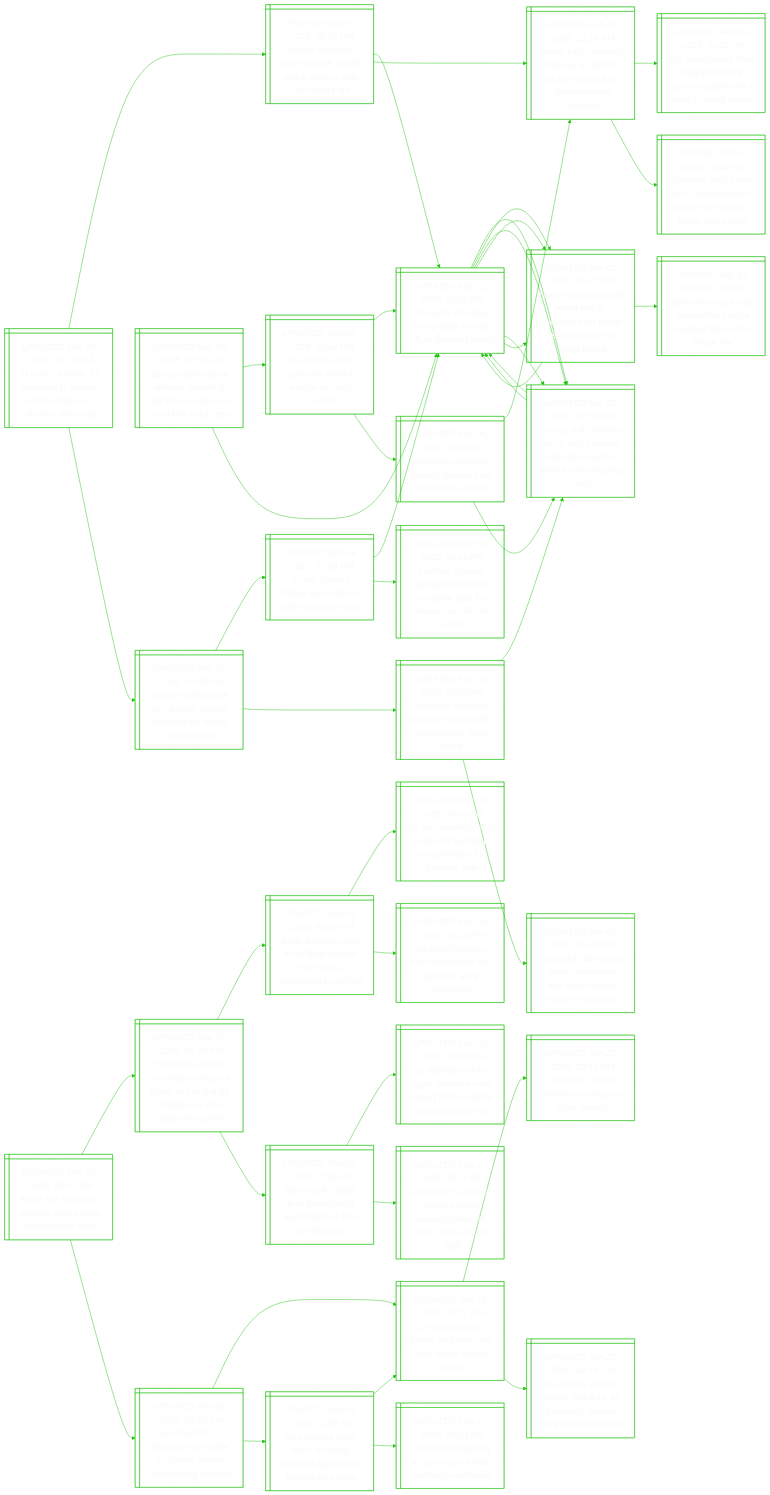
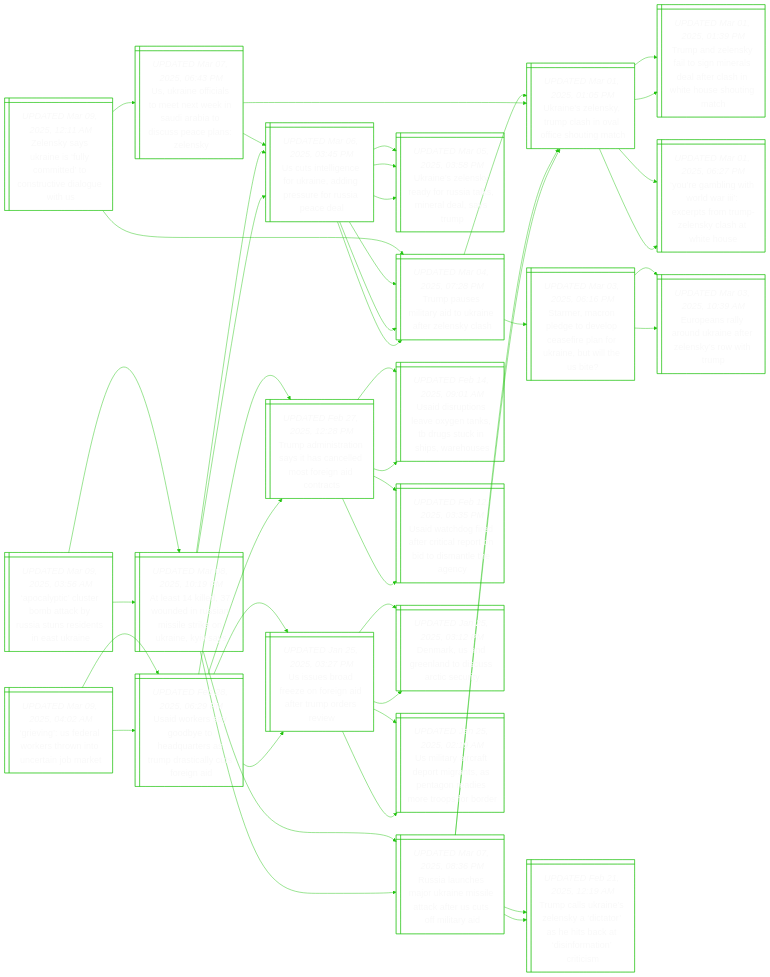
Before and after one commit to notJmes/notJmes: the diagram in README.md, drawn with Mermaid. The commit also changed other lines of this file, not shown here.

````diff
--- a/README.md
+++ b/README.md
@@ -16,142 +16,142 @@
 flowchart LR
 classDef txtsize font-size:20px;
 
+Zsyasyitstiuh@{ shape: win-pane, label: "_UPDATED Mar 09, 2025, 12:11 AM_
+Zelensky says ukraine is ‘fully committed’ to constructive dialogue with us" }
+Tpstikernl@{ shape: win-pane, label: "_UPDATED Mar 04, 2025, 07:28 PM_
+Trump pauses military aid to ukraine after zelensky clash" }
+Unlyphaiogh@{ shape: win-pane, label: "_UPDATED Mar 01, 2025, 01:05 PM_
+Ukraine’s zelensky, trump clash in oval office shouting match" }
+TalytnretaWHsit@{ shape: win-pane, label: "_UPDATED Mar 01, 2025, 01:39 PM_
+Trump and zelensky fail to sign minerals deal after clash in white house shouting match" }
+YgitlIcsTZsaWH@{ shape: win-pane, label: "_UPDATED Mar 01, 2025, 06:27 PM_
+‘you’re gambling with world war iii’: excerpts from trump-zelensky clash at white house" }
+Sereolarnkeiet@{ shape: win-pane, label: "_UPDATED Mar 03, 2025, 06:16 PM_
+Starmer, macron pledge to develop ceasefire plan for ukraine, but will the us bite?" }
+EearUneesiu@{ shape: win-pane, label: "_UPDATED Mar 03, 2025, 10:39 AM_
+Europeans rally around ukraine after zelensky’s row with trump" }
+EearUneesiu@{ shape: win-pane, label: "_UPDATED Mar 03, 2025, 10:39 AM_
+Europeans rally around ukraine after zelensky’s row with trump" }
+Uafameeartcelek@{ shape: win-pane, label: "_UPDATED Mar 07, 2025, 06:43 PM_
+Us, ukraine officials to meet next week in saudi arabia to discuss peace plans: zelensky" }
+Unlyphaiogh@{ shape: win-pane, label: "_UPDATED Mar 01, 2025, 01:05 PM_
+Ukraine’s zelensky, trump clash in oval office shouting match" }
+TalytnretaWHsit@{ shape: win-pane, label: "_UPDATED Mar 01, 2025, 01:39 PM_
+Trump and zelensky fail to sign minerals deal after clash in white house shouting match" }
+YgitlIcsTZsaWH@{ shape: win-pane, label: "_UPDATED Mar 01, 2025, 06:27 PM_
+‘you’re gambling with world war iii’: excerpts from trump-zelensky clash at white house" }
+UslnridrrRae@{ shape: win-pane, label: "_UPDATED Mar 06, 2025, 03:45 PM_
+Us cuts intelligence for ukraine, adding pressure for russia peace deal" }
+Tpstikernl@{ shape: win-pane, label: "_UPDATED Mar 04, 2025, 07:28 PM_
+Trump pauses military aid to ukraine after zelensky clash" }
+UnlyyutmalT@{ shape: win-pane, label: "_UPDATED Mar 05, 2025, 03:58 PM_
+Ukraine’s zelensky ready for russia talks, mineral deal, says trump" }
+
+Zsyasyitstiuh:::txtsize --> Tpstikernl:::txtsize
+Tpstikernl:::txtsize --> Unlyphaiogh:::txtsize
+Unlyphaiogh:::txtsize --> TalytnretaWHsit:::txtsize
+Unlyphaiogh:::txtsize --> YgitlIcsTZsaWH:::txtsize
+Tpstikernl:::txtsize --> Sereolarnkeiet:::txtsize
+Sereolarnkeiet:::txtsize --> EearUneesiu:::txtsize
+Sereolarnkeiet:::txtsize --> EearUneesiu:::txtsize
+Zsyasyitstiuh:::txtsize --> Uafameeartcelek:::txtsize
+Uafameeartcelek:::txtsize --> Unlyphaiogh:::txtsize
+Unlyphaiogh:::txtsize --> TalytnretaWHsit:::txtsize
+Unlyphaiogh:::txtsize --> YgitlIcsTZsaWH:::txtsize
+Uafameeartcelek:::txtsize --> UslnridrrRae:::txtsize
+UslnridrrRae:::txtsize --> Tpstikernl:::txtsize
+UslnridrrRae:::txtsize --> UnlyyutmalT:::txtsize
+
+AlctmaRasditi@{ shape: win-pane, label: "_UPDATED Mar 09, 2025, 03:56 AM_
+‘apocalyptic’ cluster bomb attack by russia stuns residents in east ukraine" }
 Asluisiekkes@{ shape: win-pane, label: "_UPDATED Mar 08, 2025, 10:19 PM_
 At least 14 killed, 37 wounded in russian missile strike on ukraine, kyiv says" }
 RacakeitfSoly@{ shape: win-pane, label: "_UPDATED Mar 07, 2025, 08:36 PM_
 Russia launches major ukraine missile attack after us cuts off military aid" }
 Unlyphaiogh@{ shape: win-pane, label: "_UPDATED Mar 01, 2025, 01:05 PM_
 Ukraine’s zelensky, trump clash in oval office shouting match" }
-TalytnretaWHsit@{ shape: win-pane, label: "_UPDATED Mar 01, 2025, 01:39 PM_
-Trump and zelensky fail to sign minerals deal after clash in white house shouting match" }
-YgitlIcsTZsaWH@{ shape: win-pane, label: "_UPDATED Mar 01, 2025, 06:27 PM_
-‘you’re gambling with world war iii’: excerpts from trump-zelensky clash at white house" }
 TcUnlytaicioiis@{ shape: win-pane, label: "_UPDATED Feb 21, 2025, 12:19 AM_
 Trump calls ukraine’s zelensky a ‘dictator’ as he hits back at ‘disinformation’ criticism" }
-Umehtiusrnanii@{ shape: win-pane, label: "_UPDATED Feb 19, 2025, 11:33 PM_
-Us seems more than happy to satisfy russia’s aspirations at talks in saudi arabia" }
-Zsymnnaberumr@{ shape: win-pane, label: "_UPDATED Feb 19, 2025, 10:14 PM_
-Zelensky says trump is in ‘disinformation’ bubble on ukraine, urges ‘more truth’" }
 UslnridrrRae@{ shape: win-pane, label: "_UPDATED Mar 06, 2025, 03:45 PM_
 Us cuts intelligence for ukraine, adding pressure for russia peace deal" }
 Tpstikernl@{ shape: win-pane, label: "_UPDATED Mar 04, 2025, 07:28 PM_
 Trump pauses military aid to ukraine after zelensky clash" }
+UnlyyutmalT@{ shape: win-pane, label: "_UPDATED Mar 05, 2025, 03:58 PM_
+Ukraine’s zelensky ready for russia talks, mineral deal, says trump" }
+Asluisiekkes@{ shape: win-pane, label: "_UPDATED Mar 08, 2025, 10:19 PM_
+At least 14 killed, 37 wounded in russian missile strike on ukraine, kyiv says" }
+RacakeitfSoly@{ shape: win-pane, label: "_UPDATED Mar 07, 2025, 08:36 PM_
+Russia launches major ukraine missile attack after us cuts off military aid" }
 Unlyphaiogh@{ shape: win-pane, label: "_UPDATED Mar 01, 2025, 01:05 PM_
 Ukraine’s zelensky, trump clash in oval office shouting match" }
-Sereolarnkeiet@{ shape: win-pane, label: "_UPDATED Mar 03, 2025, 06:16 PM_
-Starmer, macron pledge to develop ceasefire plan for ukraine, but will the us bite?" }
+TcUnlytaicioiis@{ shape: win-pane, label: "_UPDATED Feb 21, 2025, 12:19 AM_
+Trump calls ukraine’s zelensky a ‘dictator’ as he hits back at ‘disinformation’ criticism" }
+UslnridrrRae@{ shape: win-pane, label: "_UPDATED Mar 06, 2025, 03:45 PM_
+Us cuts intelligence for ukraine, adding pressure for russia peace deal" }
+Tpstikernl@{ shape: win-pane, label: "_UPDATED Mar 04, 2025, 07:28 PM_
+Trump pauses military aid to ukraine after zelensky clash" }
 UnlyyutmalT@{ shape: win-pane, label: "_UPDATED Mar 05, 2025, 03:58 PM_
 Ukraine’s zelensky ready for russia talks, mineral deal, says trump" }
-TalytnretaWHsit@{ shape: win-pane, label: "_UPDATED Mar 01, 2025, 01:39 PM_
-Trump and zelensky fail to sign minerals deal after clash in white house shouting match" }
-Zsluagansiani@{ shape: win-pane, label: "_UPDATED Mar 05, 2025, 02:40 PM_
-Zelensky calls trump clash ‘regrettable’ and says ukraine ready to negotiate" }
 
+AlctmaRasditi:::txtsize --> Asluisiekkes:::txtsize
 Asluisiekkes:::txtsize --> RacakeitfSoly:::txtsize
 RacakeitfSoly:::txtsize --> Unlyphaiogh:::txtsize
-Unlyphaiogh:::txtsize --> TalytnretaWHsit:::txtsize
-Unlyphaiogh:::txtsize --> YgitlIcsTZsaWH:::txtsize
 RacakeitfSoly:::txtsize --> TcUnlytaicioiis:::txtsize
-TcUnlytaicioiis:::txtsize --> Umehtiusrnanii:::txtsize
-TcUnlytaicioiis:::txtsize --> Zsymnnaberumr:::txtsize
 Asluisiekkes:::txtsize --> UslnridrrRae:::txtsize
 UslnridrrRae:::txtsize --> Tpstikernl:::txtsize
-Tpstikernl:::txtsize --> Unlyphaiogh:::txtsize
-Tpstikernl:::txtsize --> Sereolarnkeiet:::txtsize
 UslnridrrRae:::txtsize --> UnlyyutmalT:::txtsize
-UnlyyutmalT:::txtsize --> TalytnretaWHsit:::txtsize
-UnlyyutmalT:::txtsize --> Zsluagansiani:::txtsize
+AlctmaRasditi:::txtsize --> Asluisiekkes:::txtsize
+Asluisiekkes:::txtsize --> RacakeitfSoly:::txtsize
+RacakeitfSoly:::txtsize --> Unlyphaiogh:::txtsize
+RacakeitfSoly:::txtsize --> TcUnlytaicioiis:::txtsize
+Asluisiekkes:::txtsize --> UslnridrrRae:::txtsize
+UslnridrrRae:::txtsize --> Tpstikernl:::txtsize
+UslnridrrRae:::txtsize --> UnlyyutmalT:::txtsize
 
-Eesnneghlnlus@{ shape: win-pane, label: "_UPDATED Mar 08, 2025, 02:52 AM_
-Europe talks big on defence spending, but the real amount could be much less" }
-Wnolykocsi@{ shape: win-pane, label: "_UPDATED Mar 06, 2025, 10:42 PM_
-‘we are not alone’: zelensky thanks europe at crisis summit" }
-Unlyphaiogh@{ shape: win-pane, label: "_UPDATED Mar 01, 2025, 01:05 PM_
-Ukraine’s zelensky, trump clash in oval office shouting match" }
-TalytnretaWHsit@{ shape: win-pane, label: "_UPDATED Mar 01, 2025, 01:39 PM_
-Trump and zelensky fail to sign minerals deal after clash in white house shouting match" }
-YgitlIcsTZsaWH@{ shape: win-pane, label: "_UPDATED Mar 01, 2025, 06:27 PM_
-‘you’re gambling with world war iii’: excerpts from trump-zelensky clash at white house" }
-Unptesieaet@{ shape: win-pane, label: "_UPDATED Mar 06, 2025, 08:40 PM_
-Ukrainian opposition leaders dismiss idea of wartime election" }
-TcUnlytaicioiis@{ shape: win-pane, label: "_UPDATED Feb 21, 2025, 12:19 AM_
-Trump calls ukraine’s zelensky a ‘dictator’ as he hits back at ‘disinformation’ criticism" }
-TalytnretaWHsit@{ shape: win-pane, label: "_UPDATED Mar 01, 2025, 01:39 PM_
-Trump and zelensky fail to sign minerals deal after clash in white house shouting match" }
-Unlyphaiogh@{ shape: win-pane, label: "_UPDATED Mar 01, 2025, 01:05 PM_
-Ukraine’s zelensky, trump clash in oval office shouting match" }
-TalytnretaWHsit@{ shape: win-pane, label: "_UPDATED Mar 01, 2025, 01:39 PM_
-Trump and zelensky fail to sign minerals deal after clash in white house shouting match" }
-Unlyphaiogh@{ shape: win-pane, label: "_UPDATED Mar 01, 2025, 01:05 PM_
-Ukraine’s zelensky, trump clash in oval office shouting match" }
-Unlyphaiogh@{ shape: win-pane, label: "_UPDATED Mar 01, 2025, 01:05 PM_
-Ukraine’s zelensky, trump clash in oval office shouting match" }
-YgitlIcsTZsaWH@{ shape: win-pane, label: "_UPDATED Mar 01, 2025, 06:27 PM_
-‘you’re gambling with world war iii’: excerpts from trump-zelensky clash at white house" }
-Unlyphaiogh@{ shape: win-pane, label: "_UPDATED Mar 01, 2025, 01:05 PM_
-Ukraine’s zelensky, trump clash in oval office shouting match" }
-Zsymasaeeets@{ shape: win-pane, label: "_UPDATED Mar 01, 2025, 01:10 PM_
-Zelensky says trump relationship can be repaired after white house row" }
-
-Eesnneghlnlus:::txtsize --> Wnolykocsi:::txtsize
-Wnolykocsi:::txtsize --> Unlyphaiogh:::txtsize
-Unlyphaiogh:::txtsize --> TalytnretaWHsit:::txtsize
-Unlyphaiogh:::txtsize --> YgitlIcsTZsaWH:::txtsize
-Wnolykocsi:::txtsize --> Unptesieaet:::txtsize
-Unptesieaet:::txtsize --> TcUnlytaicioiis:::txtsize
-Unptesieaet:::txtsize --> TalytnretaWHsit:::txtsize
-Eesnneghlnlus:::txtsize --> Unlyphaiogh:::txtsize
-Unlyphaiogh:::txtsize --> TalytnretaWHsit:::txtsize
-TalytnretaWHsit:::txtsize --> Unlyphaiogh:::txtsize
-TalytnretaWHsit:::txtsize --> Unlyphaiogh:::txtsize
-Unlyphaiogh:::txtsize --> YgitlIcsTZsaWH:::txtsize
-YgitlIcsTZsaWH:::txtsize --> Unlyphaiogh:::txtsize
-YgitlIcsTZsaWH:::txtsize --> Zsymasaeeets:::txtsize
-
-IexiewRceh@{ shape: win-pane, label: "_UPDATED Mar 08, 2025, 09:02 PM_
-Inside the explosive meeting where rubio clashed with musk" }
-TtCerieMrhofsrca@{ shape: win-pane, label: "_UPDATED Mar 07, 2025, 05:46 PM_
-Trump tells cabinet secretaries they, not musk, are in charge of staff cuts after doge complaints" }
-Deerolnnsveel@{ shape: win-pane, label: "_UPDATED Mar 05, 2025, 04:19 PM_
-Doge website offers error-filled window into musk’s government overhaul" }
-UtanueunWnfse@{ shape: win-pane, label: "_UPDATED Mar 05, 2025, 03:50 PM_
-Us lists department of justice, fbi buildings in washington for possible sale" }
-Uleapeafrte@{ shape: win-pane, label: "_UPDATED Mar 04, 2025, 03:14 PM_
-Us health agency says employees can apply for early retirement" }
-Euordtealeis@{ shape: win-pane, label: "_UPDATED Mar 02, 2025, 12:46 PM_
-Elon musk’s doge fires federal tech team that built free tax-filing site" }
-Ueosniakhdlmhs@{ shape: win-pane, label: "_UPDATED Mar 01, 2025, 03:08 PM_
-Us federal workers again receive e-mail asking them to detail accomplishments" }
-UaorrrsienWHs@{ shape: win-pane, label: "_UPDATED Feb 27, 2025, 08:35 PM_
-Ultimatum to federal workers raises tensions between musk, white house staff" }
-HeUlslrbpsmiU@{ shape: win-pane, label: "_UPDATED Mar 06, 2025, 03:05 PM_
-Hundreds of us diplomats join letter to rubio to protest dismantling of usaid" }
+Gifakhinabe@{ shape: win-pane, label: "_UPDATED Mar 09, 2025, 04:02 AM_
+‘grieving’: us federal workers thrown into uncertain job market" }
+Uwrgyeasuaaura@{ shape: win-pane, label: "_UPDATED Feb 28, 2025, 06:29 PM_
+Usaid workers say goodbye to headquarters as trump drastically cuts foreign aid" }
+Taitahnetidr@{ shape: win-pane, label: "_UPDATED Feb 27, 2025, 12:28 PM_
+Trump administration says it has cancelled most foreign aid contracts" }
+Udpseekrtnshs@{ shape: win-pane, label: "_UPDATED Feb 14, 2025, 09:01 AM_
+Usaid disruptions leave oxygen tanks, tb drugs stuck in ships, warehouses" }
+Uwdrtilriitec@{ shape: win-pane, label: "_UPDATED Feb 12, 2025, 03:35 PM_
+Usaid watchdog fired after critical report on bid to dismantle the agency" }
 Uuoenidrpri@{ shape: win-pane, label: "_UPDATED Jan 25, 2025, 03:27 PM_
 Us issues broad freeze on foreign aid after trump orders review" }
 DrnedsAcr@{ shape: win-pane, label: "_UPDATED Jan 25, 2025, 03:12 PM_
 Denmark, us and greenland to discuss arctic security" }
 Uiaapiteodoood@{ shape: win-pane, label: "_UPDATED Jan 25, 2025, 02:19 AM_
 Us military aircraft deport migrants, as pentagon readies more troops for border" }
-Urootphatrao@{ shape: win-pane, label: "_UPDATED Mar 06, 2025, 11:08 AM_
-Us supreme court won’t let trump withhold payment to foreign aid groups" }
+Uwrgyeasuaaura@{ shape: win-pane, label: "_UPDATED Feb 28, 2025, 06:29 PM_
+Usaid workers say goodbye to headquarters as trump drastically cuts foreign aid" }
+Taitahnetidr@{ shape: win-pane, label: "_UPDATED Feb 27, 2025, 12:28 PM_
+Trump administration says it has cancelled most foreign aid contracts" }
+Udpseekrtnshs@{ shape: win-pane, label: "_UPDATED Feb 14, 2025, 09:01 AM_
+Usaid disruptions leave oxygen tanks, tb drugs stuck in ships, warehouses" }
+Uwdrtilriitec@{ shape: win-pane, label: "_UPDATED Feb 12, 2025, 03:35 PM_
+Usaid watchdog fired after critical report on bid to dismantle the agency" }
 Uuoenidrpri@{ shape: win-pane, label: "_UPDATED Jan 25, 2025, 03:27 PM_
 Us issues broad freeze on foreign aid after trump orders review" }
-ScliUcecaoi@{ shape: win-pane, label: "_UPDATED Feb 27, 2025, 09:43 PM_
-Services collapsing as usaid cuts health contracts worldwide" }
+DrnedsAcr@{ shape: win-pane, label: "_UPDATED Jan 25, 2025, 03:12 PM_
+Denmark, us and greenland to discuss arctic security" }
+Uiaapiteodoood@{ shape: win-pane, label: "_UPDATED Jan 25, 2025, 02:19 AM_
+Us military aircraft deport migrants, as pentagon readies more troops for border" }
 
-IexiewRceh:::txtsize --> TtCerieMrhofsrca:::txtsize
-TtCerieMrhofsrca:::txtsize --> Deerolnnsveel:::txtsize
-Deerolnnsveel:::txtsize --> UtanueunWnfse:::txtsize
-Deerolnnsveel:::txtsize --> Uleapeafrte:::txtsize
-TtCerieMrhofsrca:::txtsize --> Euordtealeis:::txtsize
-Euordtealeis:::txtsize --> Ueosniakhdlmhs:::txtsize
-Euordtealeis:::txtsize --> UaorrrsienWHs:::txtsize
-IexiewRceh:::txtsize --> HeUlslrbpsmiU:::txtsize
-HeUlslrbpsmiU:::txtsize --> Uuoenidrpri:::txtsize
+Gifakhinabe:::txtsize --> Uwrgyeasuaaura:::txtsize
+Uwrgyeasuaaura:::txtsize --> Taitahnetidr:::txtsize
+Taitahnetidr:::txtsize --> Udpseekrtnshs:::txtsize
+Taitahnetidr:::txtsize --> Uwdrtilriitec:::txtsize
+Uwrgyeasuaaura:::txtsize --> Uuoenidrpri:::txtsize
 Uuoenidrpri:::txtsize --> DrnedsAcr:::txtsize
 Uuoenidrpri:::txtsize --> Uiaapiteodoood:::txtsize
-HeUlslrbpsmiU:::txtsize --> Urootphatrao:::txtsize
-Urootphatrao:::txtsize --> Uuoenidrpri:::txtsize
-Urootphatrao:::txtsize --> ScliUcecaoi:::txtsize
+Gifakhinabe:::txtsize --> Uwrgyeasuaaura:::txtsize
+Uwrgyeasuaaura:::txtsize --> Taitahnetidr:::txtsize
+Taitahnetidr:::txtsize --> Udpseekrtnshs:::txtsize
+Taitahnetidr:::txtsize --> Uwdrtilriitec:::txtsize
+Uwrgyeasuaaura:::txtsize --> Uuoenidrpri:::txtsize
+Uuoenidrpri:::txtsize --> DrnedsAcr:::txtsize
+Uuoenidrpri:::txtsize --> Uiaapiteodoood:::txtsize
 
 ```
````
